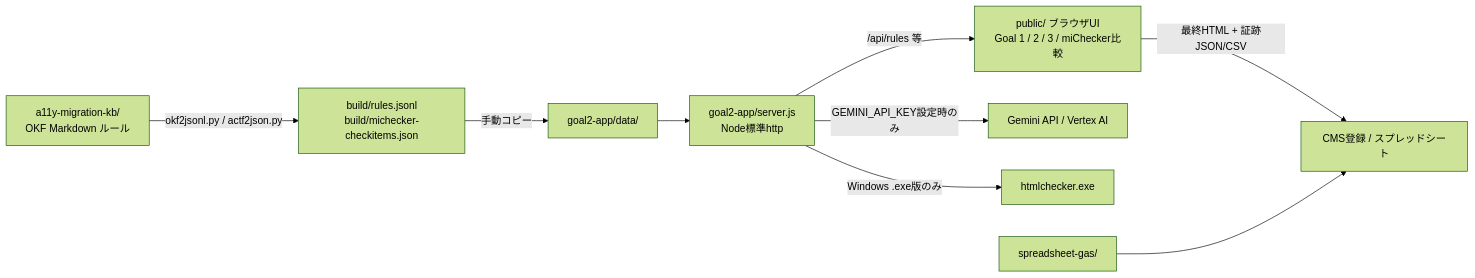
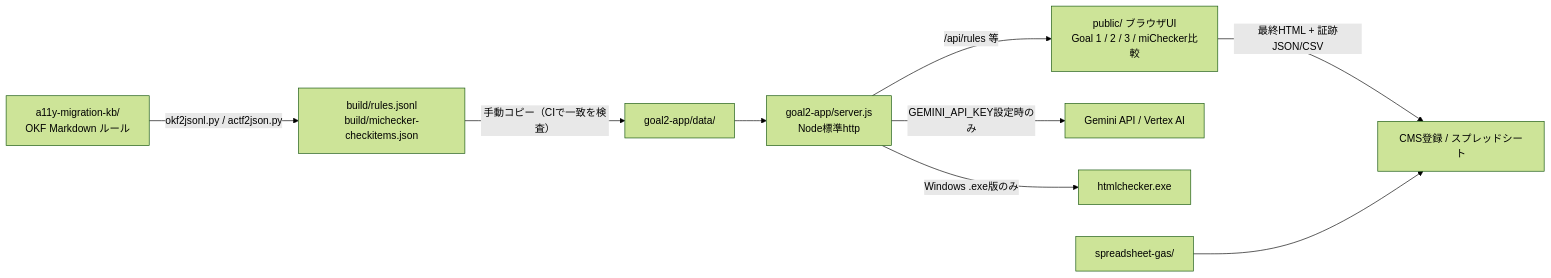
The diagram in PROJECT_CONTEXT.md (koteikara/11y-agent), drawn with Mermaid (forest theme) before and after one commit. The commit also changed other lines of this file and 12 other files, not shown here.

````diff
--- a/PROJECT_CONTEXT.md
+++ b/PROJECT_CONTEXT.md
@@ -44,11 +45,11 @@
 ```mermaid
 flowchart LR
   KB[a11y-migration-kb/<br>OKF Markdown ルール] -->|okf2jsonl.py / actf2json.py| BUILD[build/rules.jsonl<br>build/michecker-checkitems.json]
-  BUILD -->|手動コピー| DATA[goal2-app/data/]
+  BUILD -->|手動コピー（CIで一致を検査）| DATA[goal2-app/data/]
   DATA --> SRV[goal2-app/server.js<br>Node標準http]
   SRV -->|/api/rules 等| UI[public/ ブラウザUI<br>Goal 1 / 2 / 3 / miChecker比較]
   SRV -->|GEMINI_API_KEY設定時のみ| GEMINI[Gemini API / Vertex AI]
   SRV -->|Windows .exe版のみ| MIC[htmlchecker.exe]
   UI -->|最終HTML + 証跡JSON/CSV| OUT[CMS登録 / スプレッドシート]
   GAS[spreadsheet-gas/] --> OUT
 ```
````
